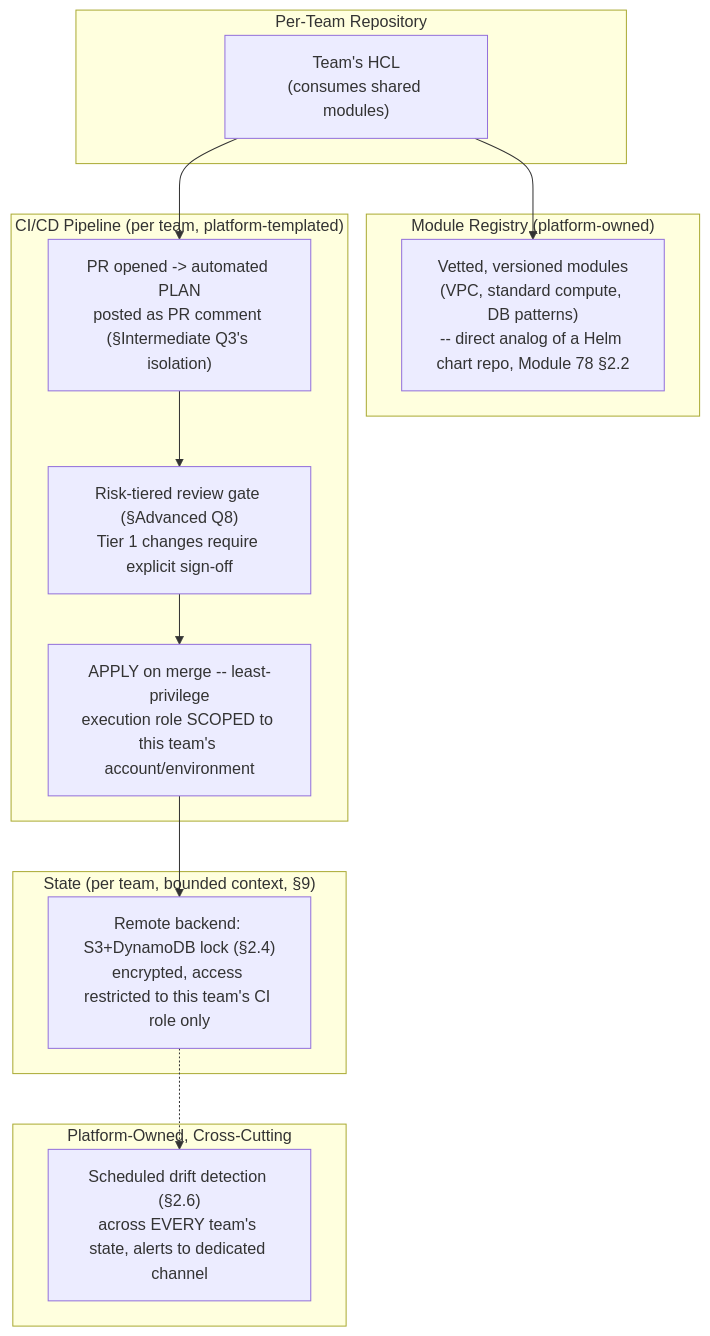
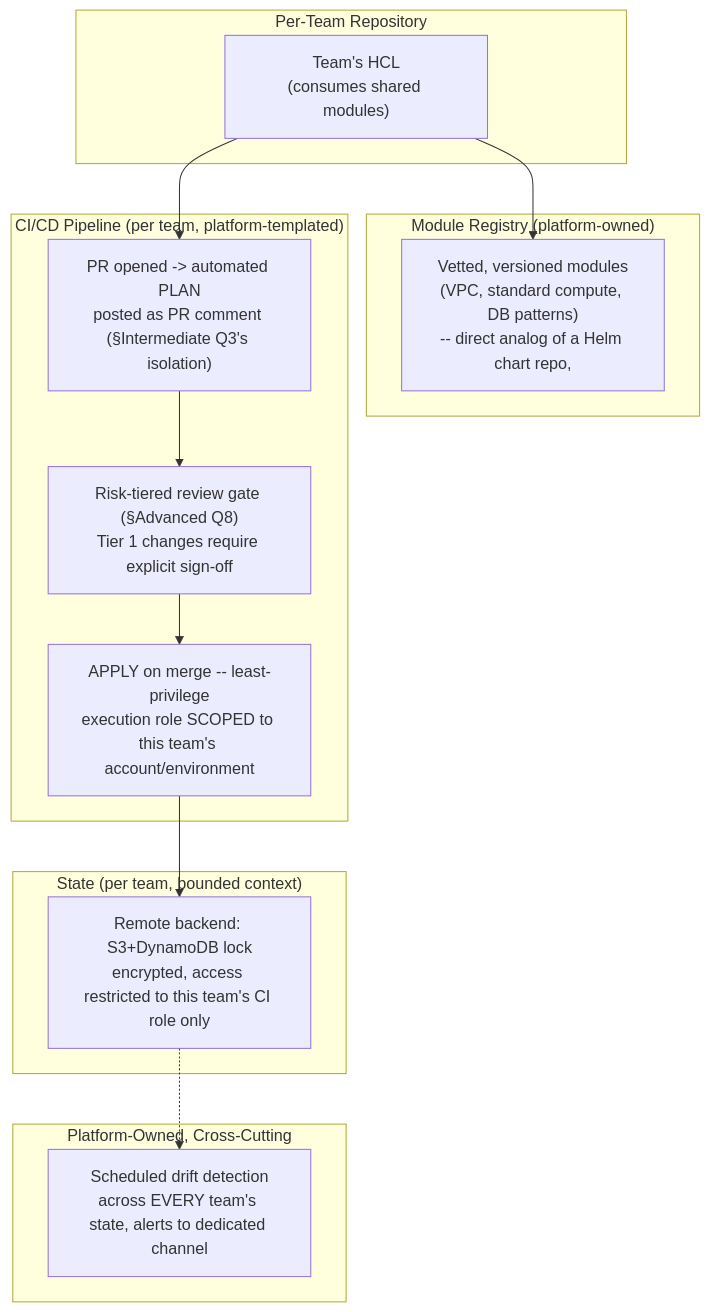
The third of 4 diagrams in 25-DevOps/01-InfrastructureAsCode-Terraform-State-Drift.md (umashankarp/InterviewQuestions), drawn with Mermaid before and after one commit. The commit also changed other lines of this file and 173 other files, not shown here.

````diff
--- a/25-DevOps/01-InfrastructureAsCode-Terraform-State-Drift.md
+++ b/25-DevOps/01-InfrastructureAsCode-Terraform-State-Drift.md
@@ -393,24 +393,24 @@
 ```mermaid
 graph TB
-    subgraph "Per-Team Repository"
-        HCL["Team's HCL<br/>(consumes shared modules)"]
-    end
-    subgraph "Module Registry (platform-owned)"
-        Modules["Vetted, versioned modules<br/>(VPC, standard compute, DB patterns)<br/>-- direct analog of a Helm chart repo, Module 78 §2.2"]
-    end
-    subgraph "CI/CD Pipeline (per team, platform-templated)"
-        PR["PR opened -> automated PLAN<br/>posted as PR comment (§Intermediate Q3's isolation)"]
-        Review["Risk-tiered review gate (§Advanced Q8)<br/>Tier 1 changes require explicit sign-off"]
-        Apply["APPLY on merge -- least-privilege<br/>execution role SCOPED to this team's account/environment"]
-    end
-    subgraph "State (per team, bounded context, §9)"
-        Backend["Remote backend: S3+DynamoDB lock (§2.4)<br/>encrypted, access restricted to this team's CI role only"]
-    end
-    subgraph "Platform-Owned, Cross-Cutting"
-        Drift["Scheduled drift detection (§2.6)<br/>across EVERY team's state, alerts to dedicated channel"]
-    end
+ subgraph "Per-Team Repository"
+ HCL["Team's HCL<br/>(consumes shared modules)"]
+ end
+ subgraph "Module Registry (platform-owned)"
+ Modules["Vetted, versioned modules<br/>(VPC, standard compute, DB patterns)<br/>-- direct analog of a Helm chart repo,"]
+ end
+ subgraph "CI/CD Pipeline (per team, platform-templated)"
+ PR["PR opened -> automated PLAN<br/>posted as PR comment (§Intermediate Q3's isolation)"]
+ Review["Risk-tiered review gate (§Advanced Q8)<br/>Tier 1 changes require explicit sign-off"]
+ Apply["APPLY on merge -- least-privilege<br/>execution role SCOPED to this team's account/environment"]
+ end
+ subgraph "State (per team, bounded context)"
+ Backend["Remote backend: S3+DynamoDB lock<br/>encrypted, access restricted to this team's CI role only"]
+ end
+ subgraph "Platform-Owned, Cross-Cutting"
+ Drift["Scheduled drift detection<br/>across EVERY team's state, alerts to dedicated channel"]
+ end
 
-    HCL --> Modules
-    HCL --> PR --> Review --> Apply --> Backend
-    Backend -.-> Drift
+ HCL --> Modules
+ HCL --> PR --> Review --> Apply --> Backend
+ Backend -.-> Drift
 ```
````
